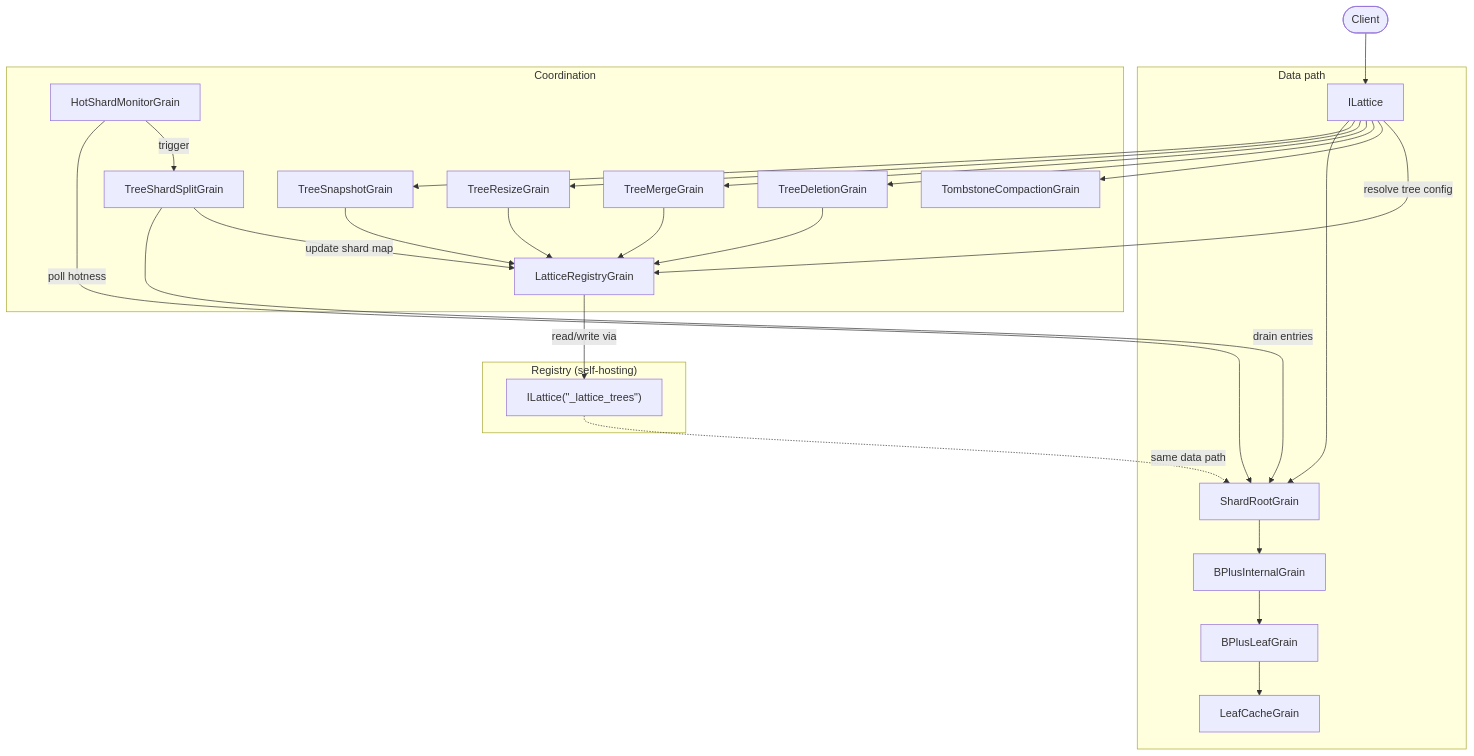
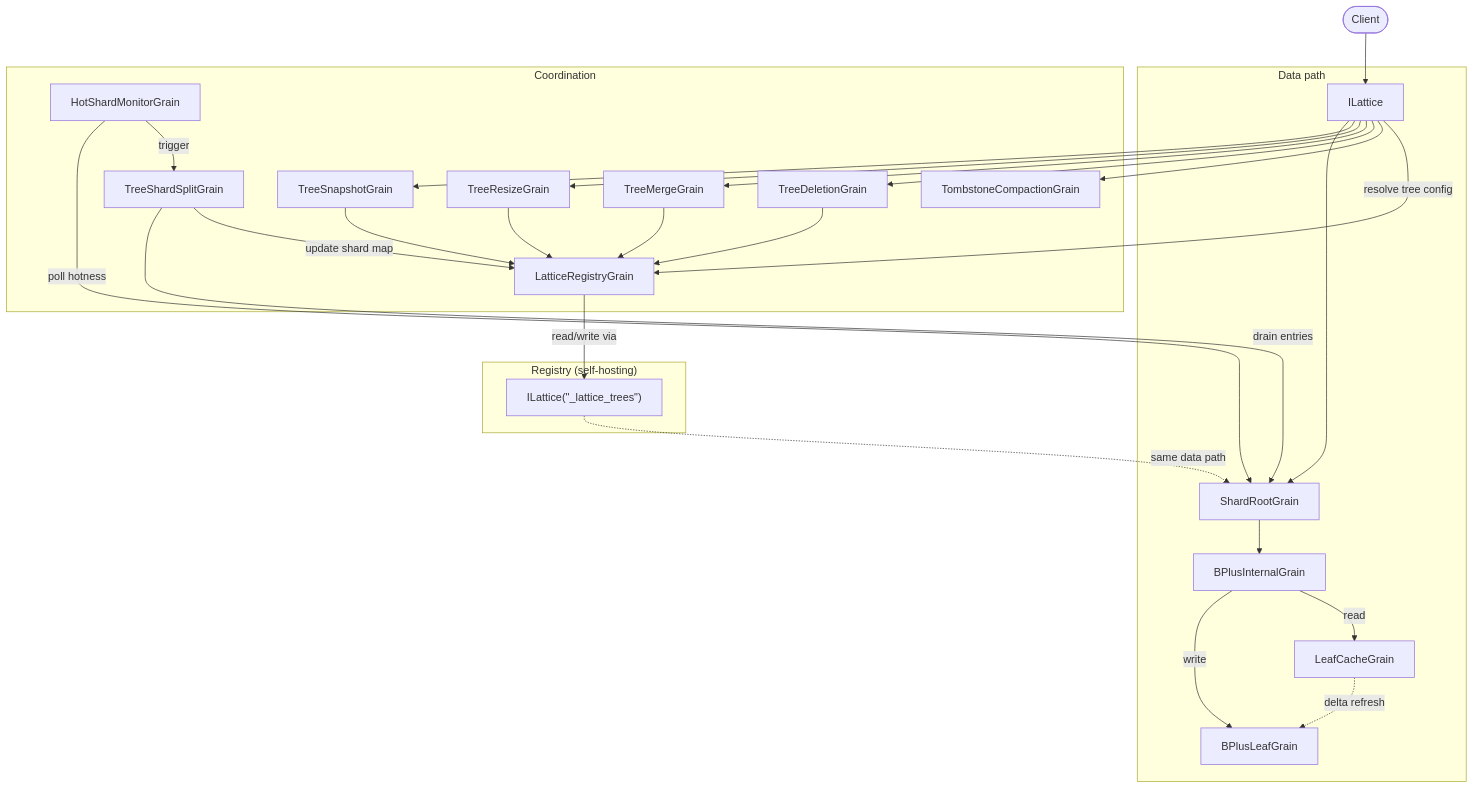
Before and after one commit to NSTA1/Orleans.Lattice: the third of 3 diagrams in docs/architecture.md, drawn with Mermaid. The commit also changed 2 other files, not shown here.

Commit message:
docs: fix interaction diagram cache direction, README typo, and CI skip logic (#45)
* docs: fix interaction diagram cache direction and README typo

- architecture.md: LeafCacheGrain was at the end of the data path (Leaf -> Cache); fixed to show reads going through cache, cache pulling deltas from leaf

- README.md: 'chaos theory' -> 'chaos test'

* ci: fix paths-filter to AND negation patterns with predicate-quantifier

Multiple patterns under a single dorny/paths-filter rule are OR'd by default. This meant a docs-only PR still matched '!docs/**' for README.md (not in docs/) and ran the full build. Setting predicate-quantifier: every requires ALL patterns to match, so .md files and docs/ files are both correctly excluded.

````diff
--- a/docs/architecture.md
+++ b/docs/architecture.md
@@ -146,34 +146,35 @@
 ```mermaid
 flowchart TD
     Client([Client]) --> ILattice
 
     subgraph "Data path"
         ILattice --> ShardRoot[ShardRootGrain]
         ShardRoot --> Internal[BPlusInternalGrain]
-        Internal --> Leaf[BPlusLeafGrain]
-        Leaf --> Cache[LeafCacheGrain]
+        Internal -->|write| Leaf[BPlusLeafGrain]
+        Internal -->|read| Cache[LeafCacheGrain]
+        Cache -.->|delta refresh| Leaf
     end
 
     subgraph "Coordination"
         ILattice --> Snapshot[TreeSnapshotGrain]
         ILattice --> Resize[TreeResizeGrain]
         ILattice --> Merge[TreeMergeGrain]
         ILattice --> Delete[TreeDeletionGrain]
         ILattice --> Compact[TombstoneCompactionGrain]
         Monitor[HotShardMonitorGrain] -->|poll hotness| ShardRoot
         Monitor -->|trigger| Split[TreeShardSplitGrain]
         Split -->|drain entries| ShardRoot
         Split -->|update shard map| Registry
     end
 
     subgraph "Registry (self-hosting)"
         ILattice -->|resolve tree config| Registry[LatticeRegistryGrain]
         Registry -->|read/write via| SelfLattice["ILattice(&quot;_lattice_trees&quot;)"]
         SelfLattice -.->|same data path| ShardRoot
     end
 
     Snapshot --> Registry
     Resize --> Registry
     Merge --> Registry
     Delete --> Registry
 ```
````
